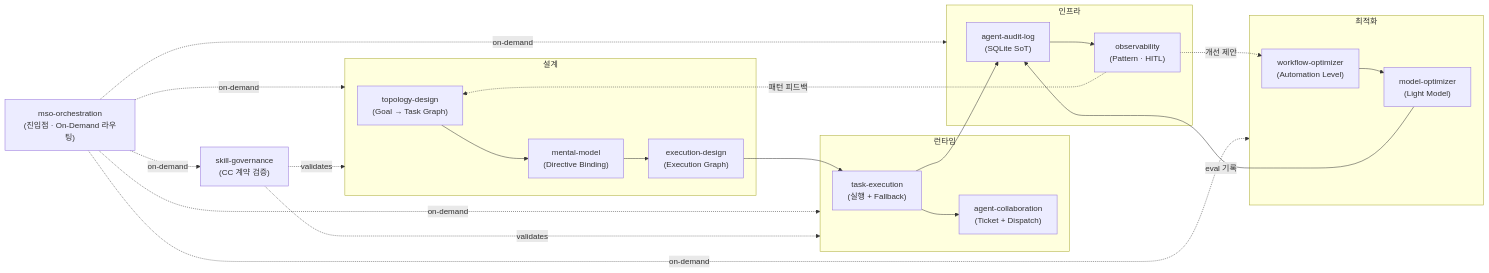
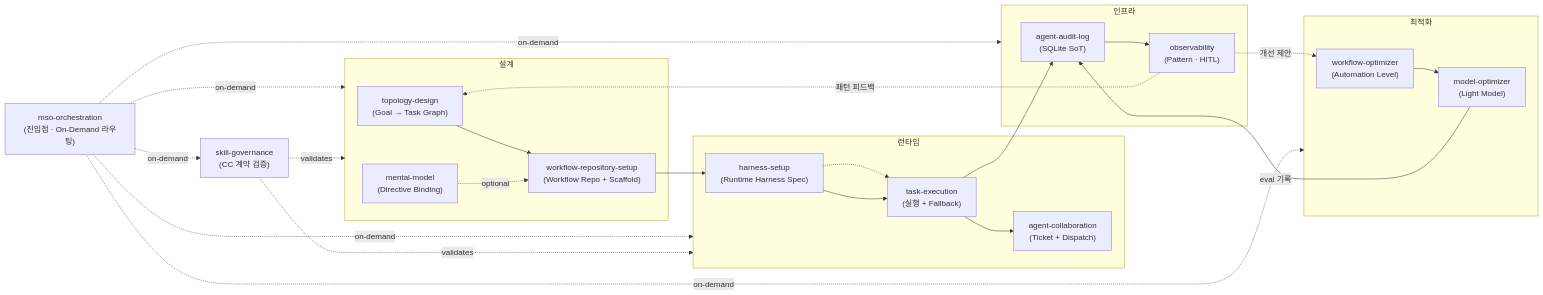
The second of 3 diagrams in README.md (WMJOON/multi-swarm-orchestrator), drawn with Mermaid before and after one commit. The commit also changed other lines of this file and 28 other files, not shown here.

Commit message:
feat(v0.2.2): add repository operating harness contracts

````diff
--- a/README.md
+++ b/README.md
@@ -93,40 +110,44 @@
 ```mermaid
 graph LR
     ORCH["mso-orchestration<br/>(진입점 · On-Demand 라우팅)"]
 
     subgraph Design["설계"]
         WT["topology-design<br/>(Goal → Task Graph)"]
         MM["mental-model<br/>(Directive Binding)"]
-        ED["execution-design<br/>(Execution Graph)"]
-        WT --> MM --> ED
+        WR["workflow-repository-setup<br/>(Workflow Repo + Scaffold)"]
+        WT --> WR
+        MM -. optional .-> WR
     end
     subgraph Runtime["런타임"]
         TE["task-execution<br/>(실행 + Fallback)"]
         AC["agent-collaboration<br/>(Ticket + Dispatch)"]
+        HS["harness-setup<br/>(Runtime Harness Spec)"]
         TE --> AC
+        WR --> HS
+        HS -.-> TE
     end
     subgraph Infra["인프라"]
         AAL["agent-audit-log<br/>(SQLite SoT)"]
         OBS["observability<br/>(Pattern · HITL)"]
         AAL --> OBS
     end
     subgraph Optimize["최적화"]
         WO["workflow-optimizer<br/>(Automation Level)"]
         MO["model-optimizer<br/>(Light Model)"]
         WO --> MO
     end
     GOV["skill-governance<br/>(CC 계약 검증)"]
 
     ORCH -.->|on-demand| Design
     ORCH -.->|on-demand| Runtime
     ORCH -.->|on-demand| Infra
     ORCH -.->|on-demand| Optimize
     ORCH -.->|on-demand| GOV
-    ED --> TE
+    HS --> TE
     TE --> AAL
     OBS -.->|개선 제안| WO
     OBS -.->|패턴 피드백| WT
     MO -->|eval 기록| AAL
     GOV -.->|validates| Design
     GOV -.->|validates| Runtime
 ```
````
